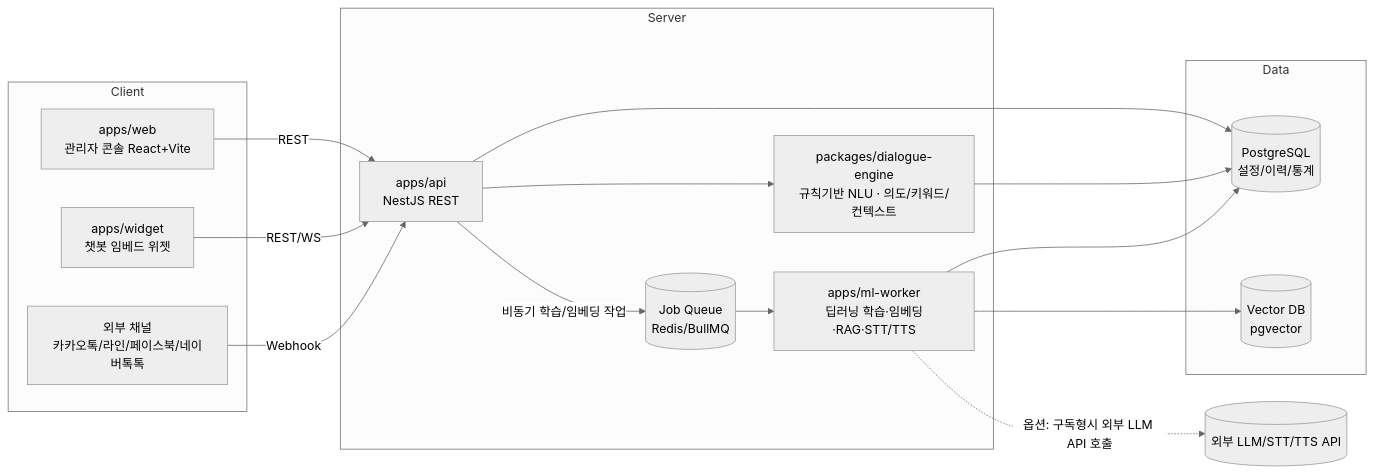
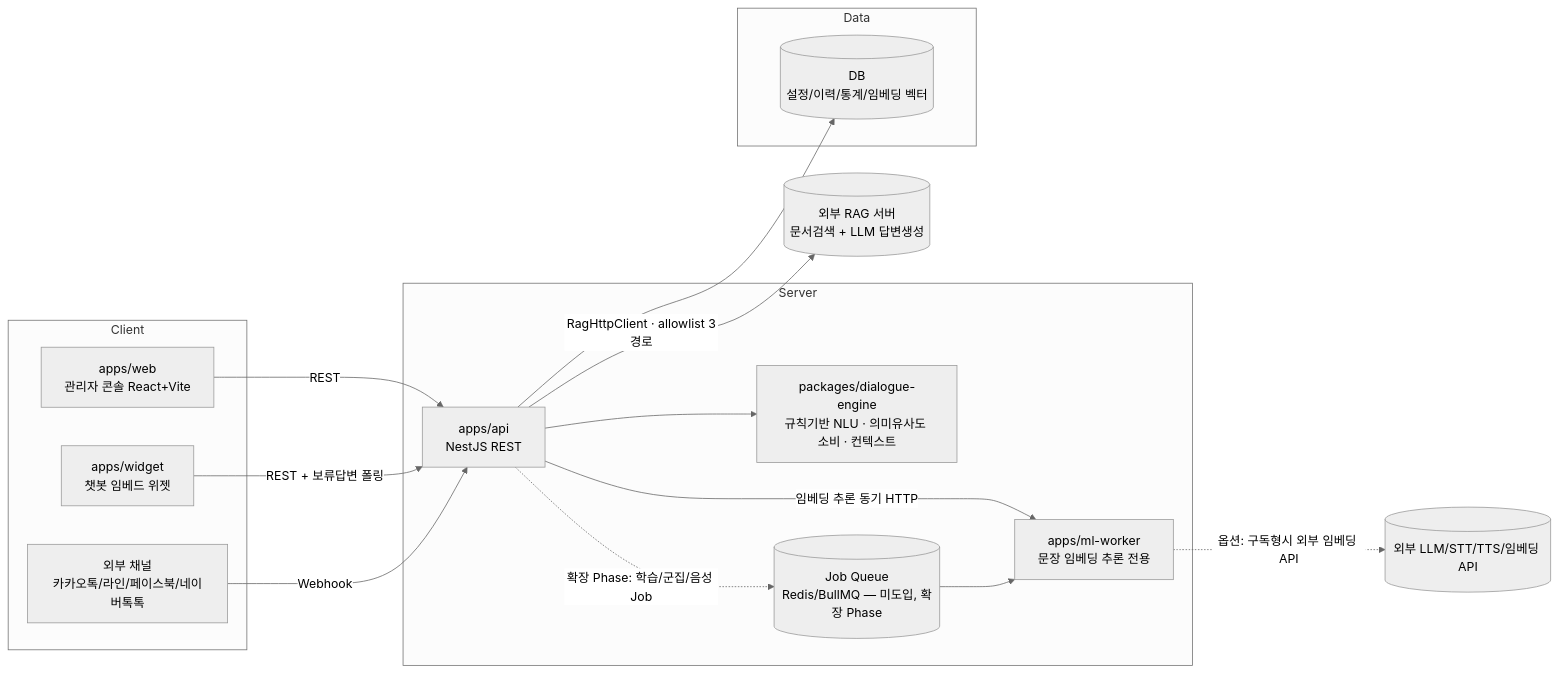
The diagram in docs/02-spec/개발명세서.md (yong-joo-kim/Chat-Bot), drawn with Mermaid (neutral theme) before and after one commit. The commit also changed other lines of this file and 183 other files, not shown here.

First line of the commit message:
feat: FAQ/의도 매칭 고도화(1단계 NLU 유사도 검색 + 2단계 외부 RAG 폴백) 기능그룹 구현

````diff
--- a/docs/02-spec/개발명세서.md
+++ b/docs/02-spec/개발명세서.md
@@ -9,31 +9,31 @@
 ```mermaid
 flowchart LR
     subgraph Client
         W[apps/web<br/>관리자 콘솔 React+Vite]
         WG[apps/widget<br/>챗봇 임베드 위젯]
         CH[외부 채널<br/>카카오톡/라인/페이스북/네이버톡톡]
     end
 
     subgraph Server
         API[apps/api<br/>NestJS REST]
-        DE[packages/dialogue-engine<br/>규칙기반 NLU · 의도/키워드/컨텍스트]
-        MLQ[(Job Queue<br/>Redis/BullMQ)]
-        ML[apps/ml-worker<br/>딥러닝 학습·임베딩·RAG·STT/TTS]
+        DE[packages/dialogue-engine<br/>규칙기반 NLU · 의미유사도 소비 · 컨텍스트]
+        ML[apps/ml-worker<br/>문장 임베딩 추론 전용]
+        MLQ[(Job Queue<br/>Redis/BullMQ — 미도입, 확장 Phase)]
     end
 
     subgraph Data
-        DB[(PostgreSQL<br/>설정/이력/통계)]
-        VEC[(Vector DB<br/>pgvector)]
+        DB[(DB<br/>설정/이력/통계/임베딩 벡터)]
     end
 
+    EXTRAG[(외부 RAG 서버<br/>문서검색 + LLM 답변생성)]
+
     W -->|REST| API
-    WG -->|REST/WS| API
+    WG -->|REST + 보류답변 폴링| API
     CH -->|Webhook| API
     API --> DE
     API --> DB
-    DE --> DB
-    API -->|비동기 학습/임베딩 작업| MLQ --> ML
-    ML --> VEC
-    ML --> DB
-    ML -.옵션: 구독형시 외부 LLM API 호출.-> EXT[(외부 LLM/STT/TTS API)]
+    API -->|임베딩 추론 동기 HTTP| ML
+    API -->|RagHttpClient · allowlist 3경로| EXTRAG
+    API -.확장 Phase: 학습/군집/음성 Job.-> MLQ --> ML
+    ML -.옵션: 구독형시 외부 임베딩 API.-> EXT[(외부 LLM/STT/TTS/임베딩 API)]
 ```
````
